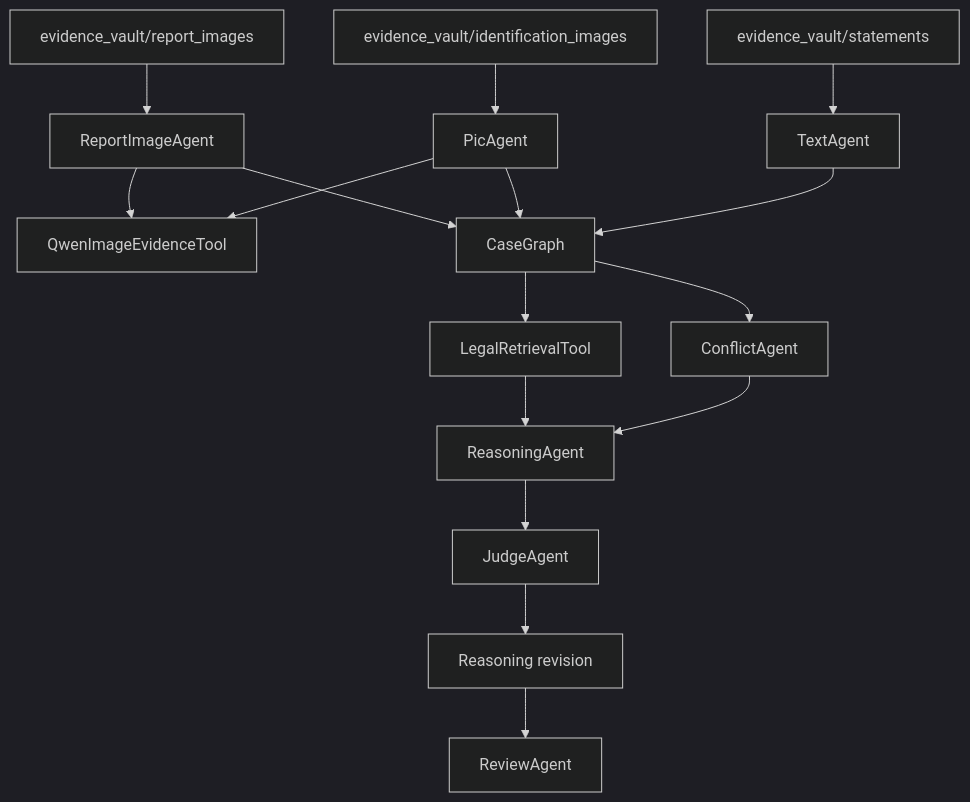
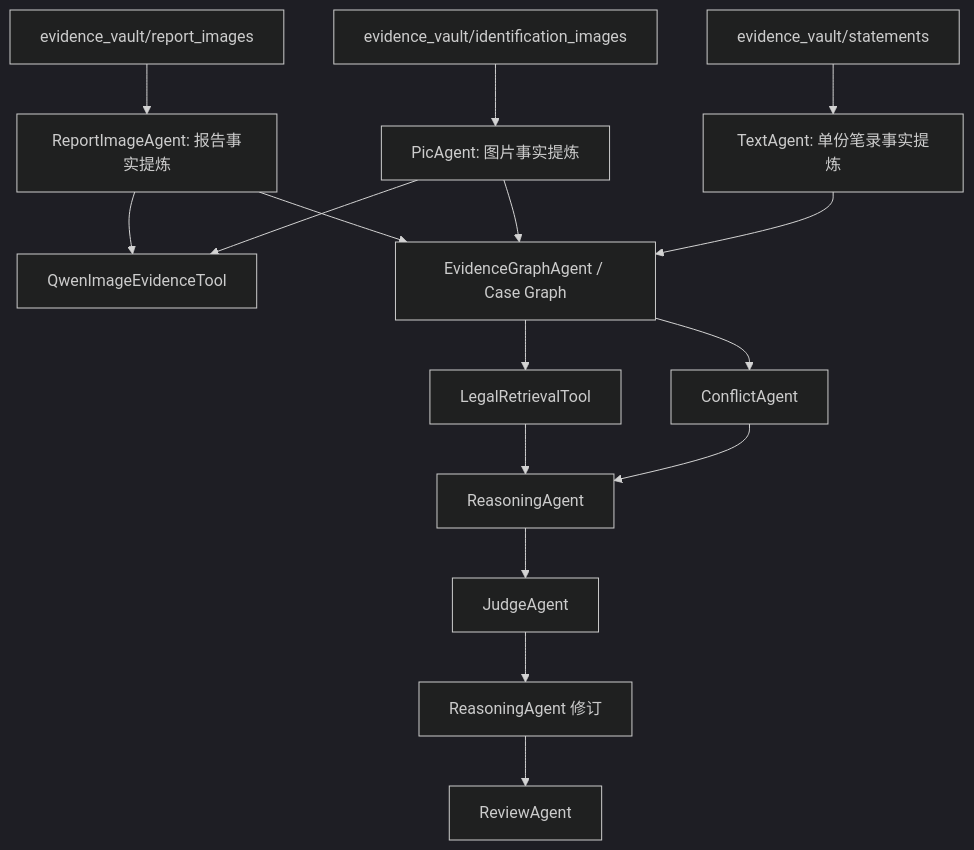
One commit to jilingxt/agent_demo changed the second of 2 diagrams in TECHNICAL_ARCHITECTURE.md. Above: the diagram before and after it, drawn with Mermaid (dark theme). The commit also changed other lines of this file and 19 other files, not shown here.

````diff
--- a/TECHNICAL_ARCHITECTURE.md
+++ b/TECHNICAL_ARCHITECTURE.md
@@ -68,18 +64,18 @@
 ```mermaid
 flowchart TD
-  A["evidence_vault/statements"] --> B["TextAgent"]
-  C["evidence_vault/report_images"] --> D["ReportImageAgent"]
-  E["evidence_vault/identification_images"] --> F["PicAgent"]
+  A["evidence_vault/statements"] --> B["TextAgent: 单份笔录事实提炼"]
+  C["evidence_vault/report_images"] --> D["ReportImageAgent: 报告事实提炼"]
+  E["evidence_vault/identification_images"] --> F["PicAgent: 图片事实提炼"]
   F --> G["QwenImageEvidenceTool"]
   D --> G
-  B --> H["CaseGraph"]
+  B --> H["EvidenceGraphAgent / Case Graph"]
   F --> H
   D --> H
   H --> I["ConflictAgent"]
   H --> J["LegalRetrievalTool"]
   I --> K["ReasoningAgent"]
   J --> K
   K --> L["JudgeAgent"]
-  L --> M["Reasoning revision"]
+  L --> M["ReasoningAgent 修订"]
   M --> N["ReviewAgent"]
 ```
````
